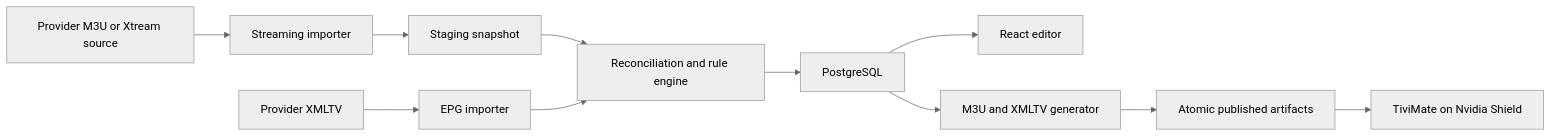
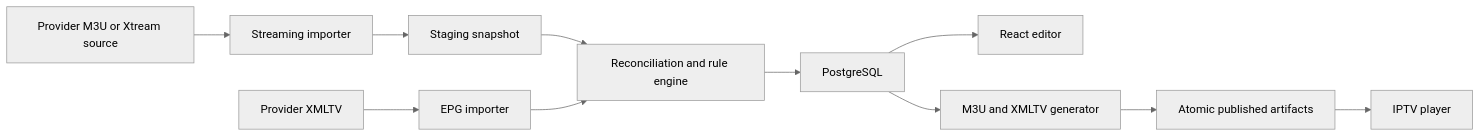
The diagram in EXECUTION_PLAN.md (Macstered/IPTVMaster), drawn with Mermaid (neutral theme) before and after one commit. The commit also changed other lines of this file and 13 other files, not shown here.

````diff
--- a/EXECUTION_PLAN.md
+++ b/EXECUTION_PLAN.md
@@ -43,13 +43,13 @@
 ```mermaid
 flowchart LR
     P["Provider M3U or Xtream source"] --> I["Streaming importer"]
     X["Provider XMLTV"] --> E["EPG importer"]
     I --> S["Staging snapshot"]
     S --> R["Reconciliation and rule engine"]
     E --> R
     R --> D["PostgreSQL"]
     D --> U["React editor"]
     D --> G["M3U and XMLTV generator"]
     G --> A["Atomic published artifacts"]
-    A --> T["TiviMate on Nvidia Shield"]
+    A --> T["IPTV player"]
 ```
````
